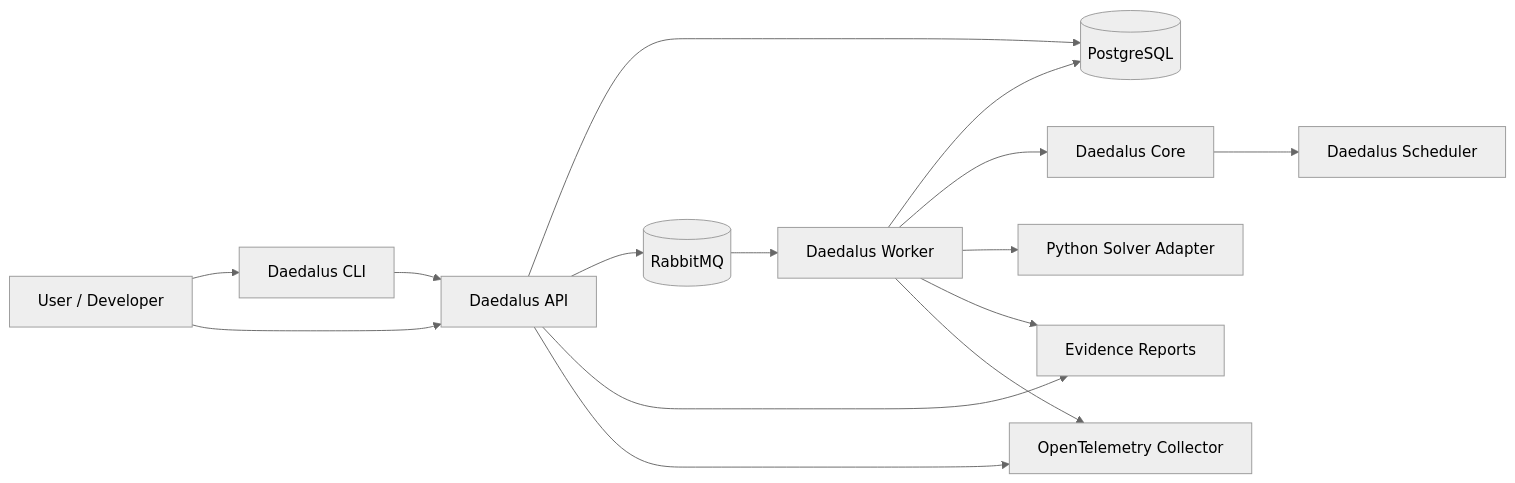
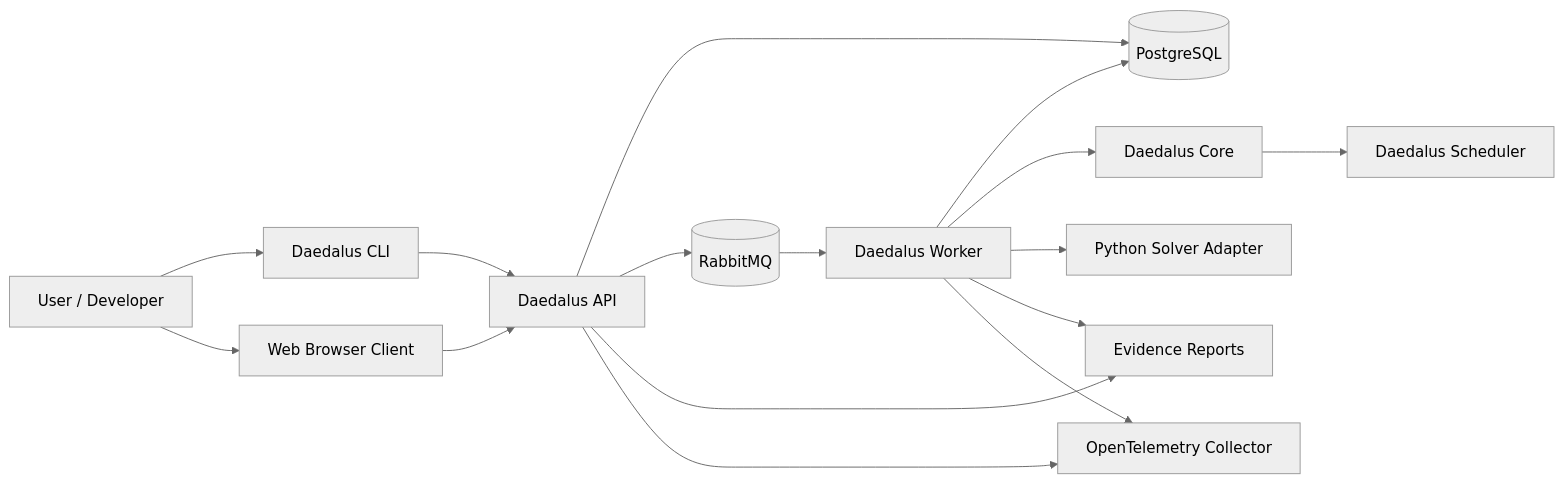
The first of 4 diagrams in docs/architecture.md (darkhorse286/project-daedalus), drawn with Mermaid (neutral theme) before and after one commit. The commit also changed other lines of this file and 37 other files, not shown here.

````diff
--- a/docs/architecture.md
+++ b/docs/architecture.md
@@ -49,29 +49,31 @@
 ```mermaid
 flowchart LR
     User[User / Developer]
     CLI[Daedalus CLI]
+    WebUI[Web Browser Client]
     API[Daedalus API]
     DB[(PostgreSQL)]
     Queue[(RabbitMQ)]
     Worker[Daedalus Worker]
     Core[Daedalus Core]
     Scheduler[Daedalus Scheduler]
     Adapter[Python Solver Adapter]
     Reports[Evidence Reports]
     OTel[OpenTelemetry Collector]
 
     User --> CLI
-    User --> API
+    User --> WebUI
     CLI --> API
+    WebUI --> API
     API --> DB
     API --> Queue
     Queue --> Worker
     Worker --> DB
     Worker --> Core
     Core --> Scheduler
     Worker --> Adapter
     Worker --> Reports
     API --> Reports
     API --> OTel
     Worker --> OTel
 ```
````
